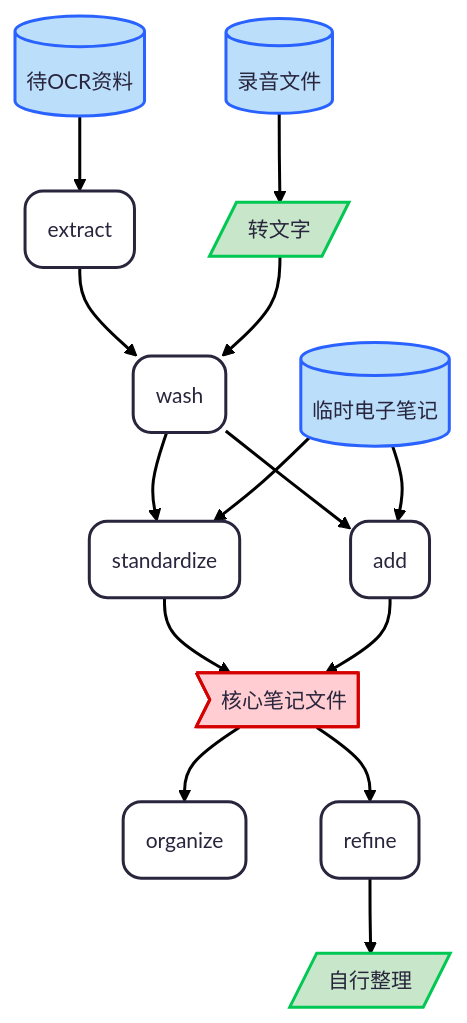
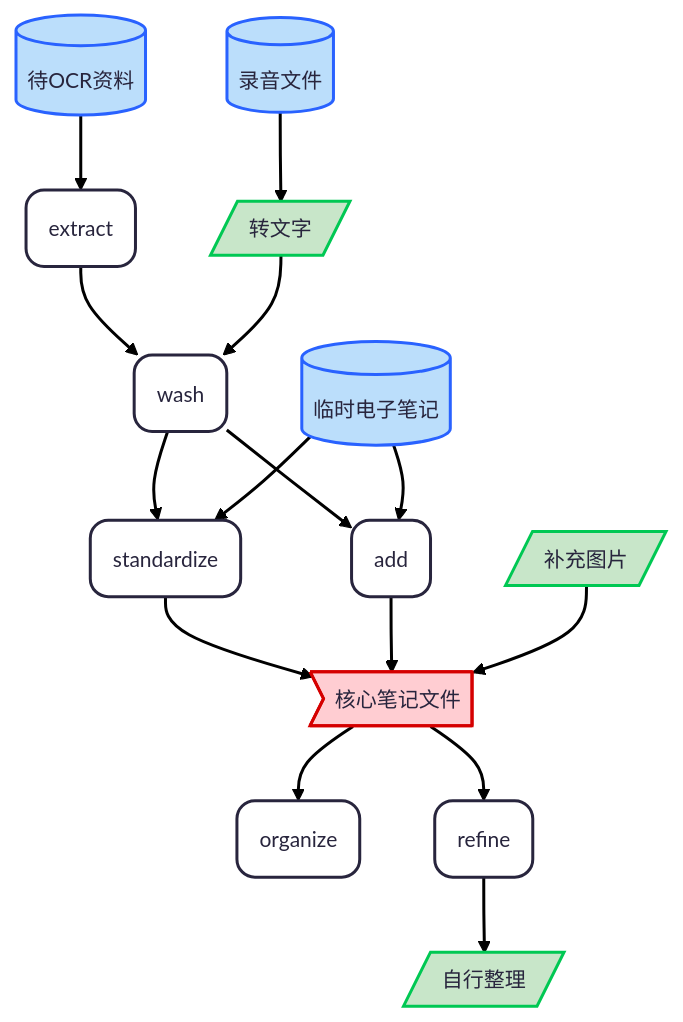
The diagram in README.md (ursa-minor-alkaid/Ordinote), drawn with Mermaid before and after one commit. The commit also changed other lines of this file and 2 other files, not shown here.

Commit message:
v1.1.2 upload

````diff
--- a/README.md
+++ b/README.md
@@ -62,35 +62,39 @@
 ```mermaid
 ---
 config:
   theme: redux
 ---
 flowchart TB
     n1["待OCR资料"] --> n2["extract"]
     n2 --> n3["wash"]
     n4["录音文件"] --> n5["转文字"]
     n5 --> n3
     n3 --> n6["standardize"] & n11["add"]
     n7["临时电子笔记"] --> n6 & n11
     n6 --> n8>"核心笔记文件"]
     n8 --> n9["organize"] & n10["refine"]
     n11 --> n8
     n10 --> n12["自行整理"]
+    n13["补充图片"] --> n8
 
     n1@{ shape: cyl}
     n2@{ shape: rounded}
     n3@{ shape: rounded}
     n4@{ shape: cyl}
     n5@{ shape: lean-r}
     n6@{ shape: rounded}
     n11@{ shape: rounded}
     n7@{ shape: cyl}
     n9@{ shape: rounded}
     n10@{ shape: rounded}
     n12@{ shape: lean-r}
+    n13@{ shape: lean-r}
+
     style n1 fill:#BBDEFB,stroke:#2962FF
     style n4 stroke:#2962FF,fill:#BBDEFB
     style n5 fill:#C8E6C9,stroke:#00C853
     style n7 stroke:#2962FF,fill:#BBDEFB
     style n8 fill:#FFCDD2,stroke:#D50000
     style n12 stroke:#00C853,fill:#C8E6C9
+    style n13 stroke:#00C853,fill:#C8E6C9
 ```
````
